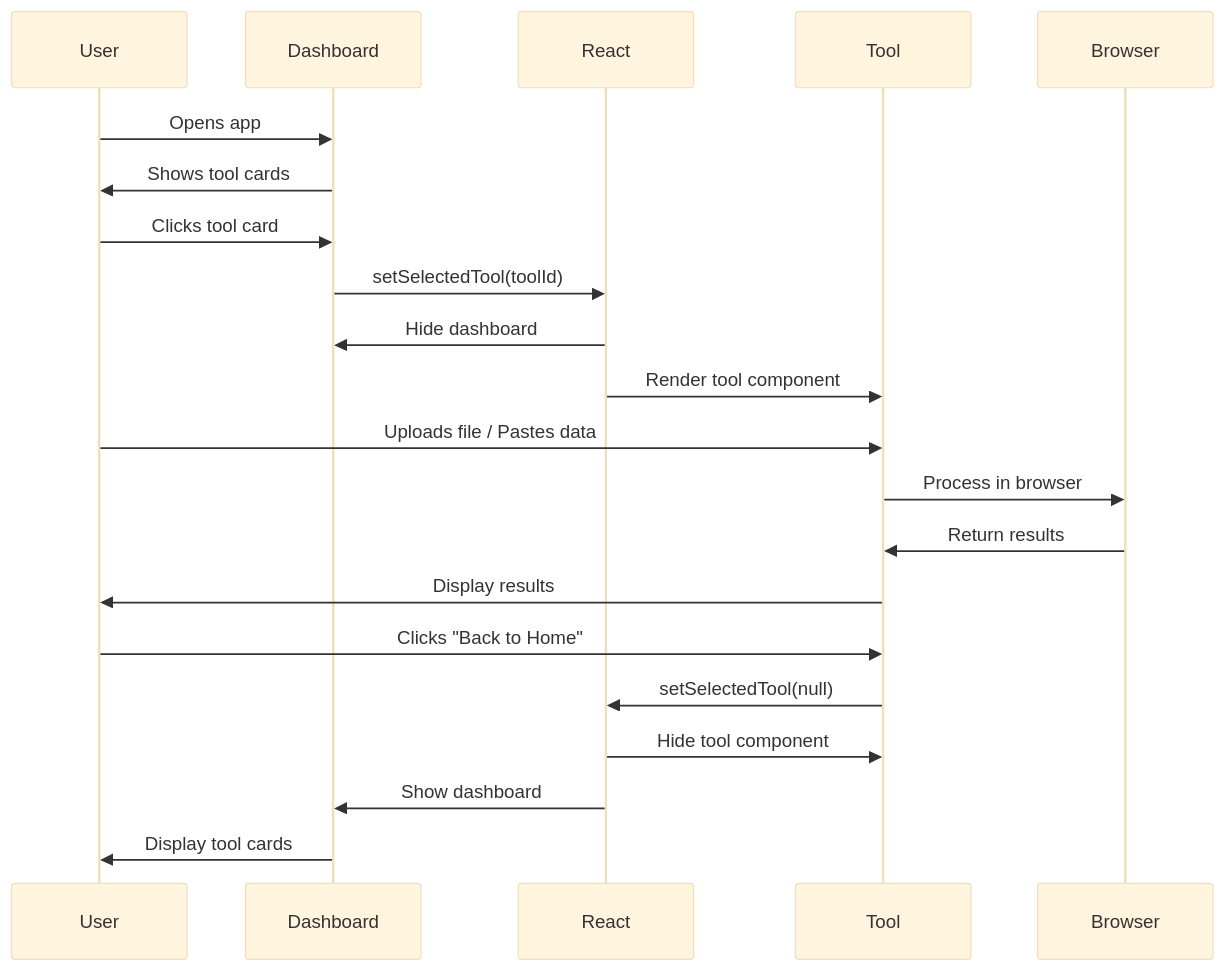
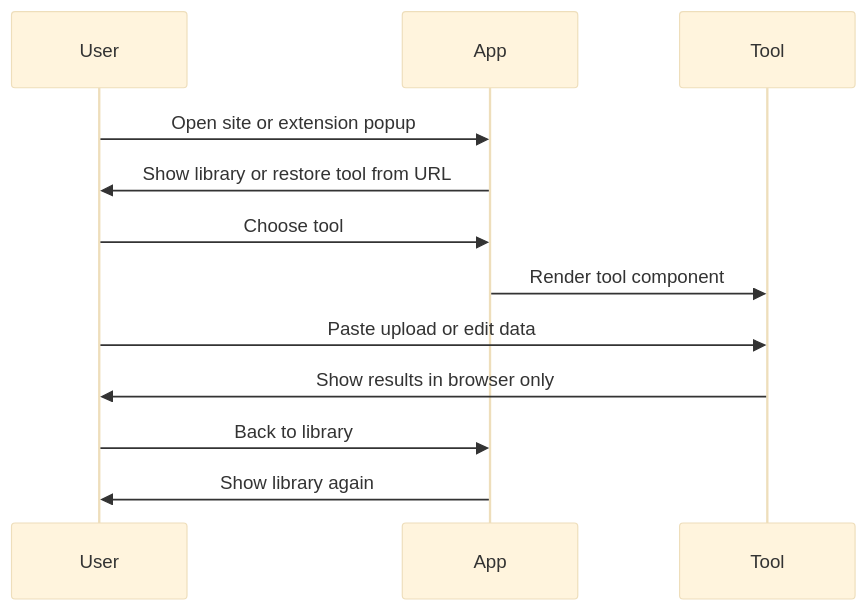
The fourth of 6 diagrams in README.md (girijashankarj/garry-micro-dev-utilities), drawn with Mermaid (base theme) before and after one commit. The commit also changed other lines of this file and 67 other files, not shown here.

````diff
--- a/README.md
+++ b/README.md
@@ -247,27 +252,14 @@
 ```mermaid
 sequenceDiagram
-    participant User
-    participant Dashboard
-    participant React
-    participant Tool
-    participant Browser
-    
-    User->>Dashboard: Opens app
-    Dashboard->>User: Shows tool cards
-    
-    User->>Dashboard: Clicks tool card
-    Dashboard->>React: setSelectedTool(toolId)
-    React->>Dashboard: Hide dashboard
-    React->>Tool: Render tool component
-    
-    User->>Tool: Uploads file / Pastes data
-    Tool->>Browser: Process in browser
-    Browser->>Tool: Return results
-    Tool->>User: Display results
-    
-    User->>Tool: Clicks "Back to Home"
-    Tool->>React: setSelectedTool(null)
-    React->>Tool: Hide tool component
-    React->>Dashboard: Show dashboard
-    Dashboard->>User: Display tool cards
+  participant User
+  participant App
+  participant Tool
+  User->>App: Open site or extension popup
+  App->>User: Show library or restore tool from URL
+  User->>App: Choose tool
+  App->>Tool: Render tool component
+  User->>Tool: Paste upload or edit data
+  Tool->>User: Show results in browser only
+  User->>App: Back to library
+  App->>User: Show library again
 ```
````
